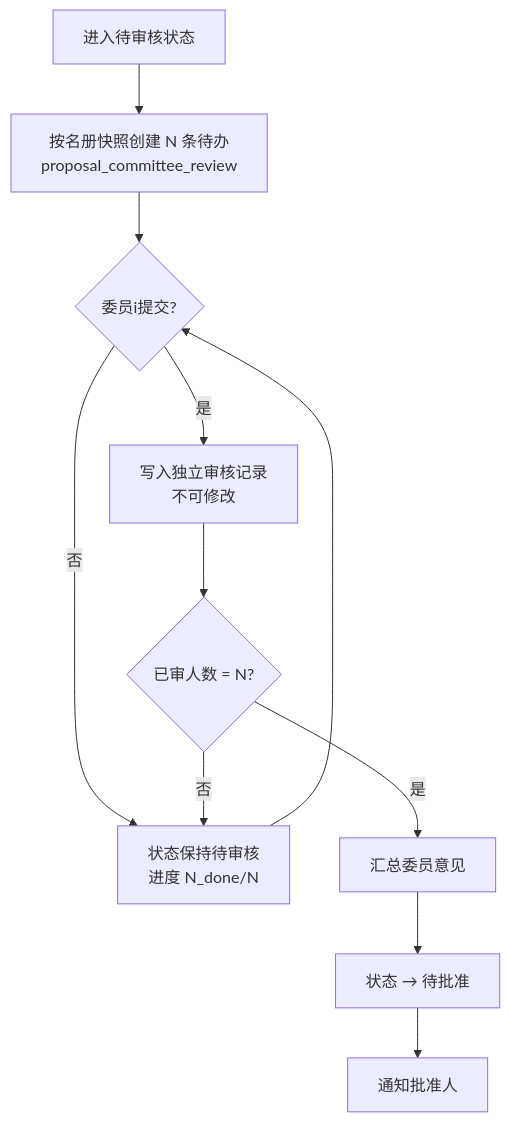
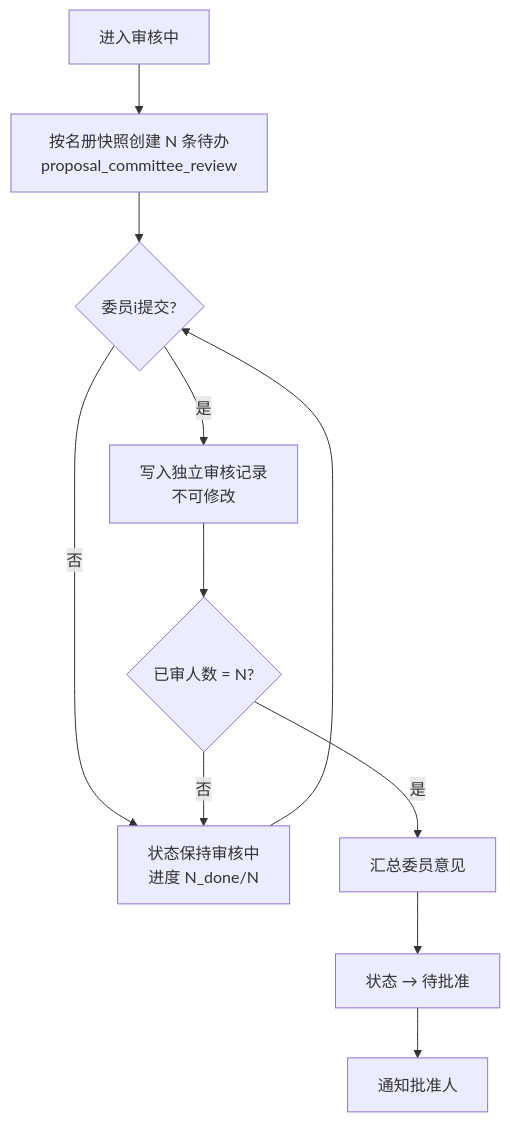
One commit to CookieWu1124/JeecgBoot changed the third of 6 diagrams in docs/improve/提案改善系统-实施规划.md. Above: the diagram before and after it, drawn with Mermaid. The commit also changed other lines of this file and 26 other files, not shown here.

````diff
--- a/docs/improve/提案改善系统-实施规划.md
+++ b/docs/improve/提案改善系统-实施规划.md
@@ -303,13 +302,13 @@
 ```mermaid
 flowchart TD
-    A[进入待审核状态] --> B[按名册快照创建 N 条待办<br/>proposal_committee_review]
+    A[进入审核中] --> B[按名册快照创建 N 条待办<br/>proposal_committee_review]
     B --> C{委员i提交?}
-    C -->|否| D[状态保持待审核<br/>进度 N_done/N]
+    C -->|否| D[状态保持审核中<br/>进度 N_done/N]
     D --> C
     C -->|是| E[写入独立审核记录<br/>不可修改]
     E --> F{已审人数 = N?}
     F -->|否| D
     F -->|是| G[汇总委员意见]
     G --> H[状态 → 待批准]
     H --> I[通知批准人]
 ```
````
